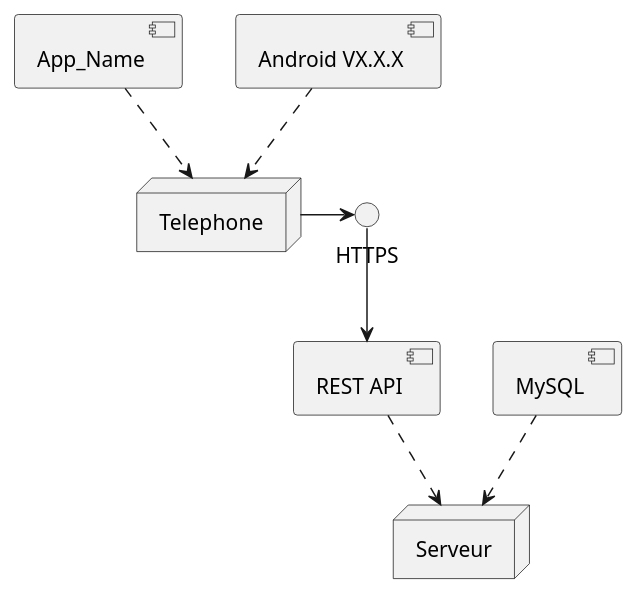
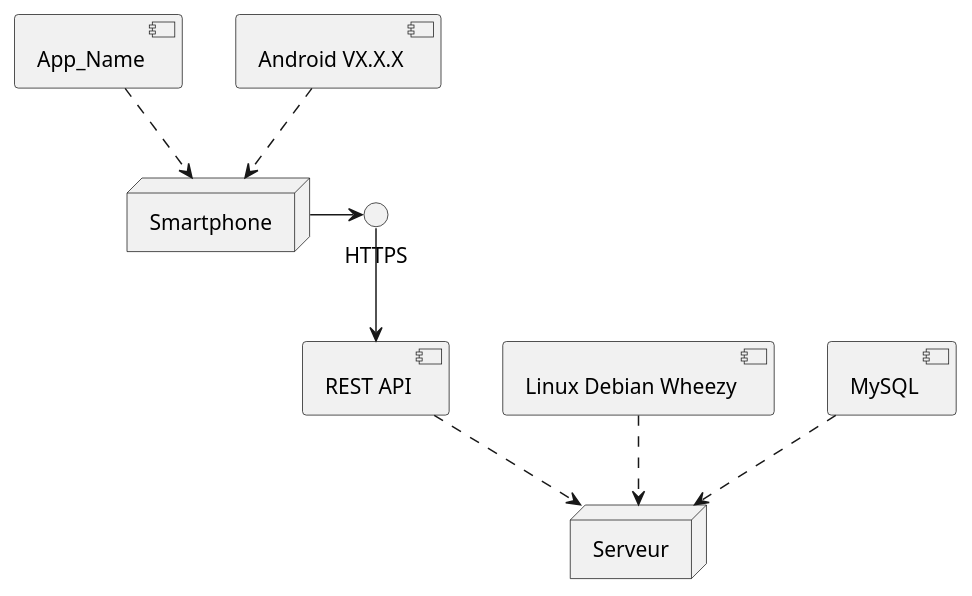
One commit to KevinRemoue/TestApp changed the diagram in specifications/plantUML/archi_materielle.pu. Above: the diagram before and after it, drawn with PlantUML. The commit also changed 2 other files, not shown here.

```diff
--- a/specifications/plantUML/archi_materielle.pu
+++ b/specifications/plantUML/archi_materielle.pu
@@ -1,17 +1,19 @@
 @startuml
-node "Telephone"
+node "Smartphone"
 node "Serveur"
 [App_Name]
 [REST API]
+[Linux Debian Wheezy]
 [MySQL]
 [Android VX.X.X]
 interface "HTTPS"
 
-[App_Name] ..> Telephone
-[Android VX.X.X] ..> Telephone
-Telephone -> HTTPS
+[App_Name] ..> Smartphone
+[Android VX.X.X] ..> Smartphone
+Smartphone -> HTTPS
 HTTPS --> [REST API]
 [REST API] ..> Serveur
 [MySQL] ..> Serveur
+[Linux Debian Wheezy] ..> Serveur
 
 @enduml
```
